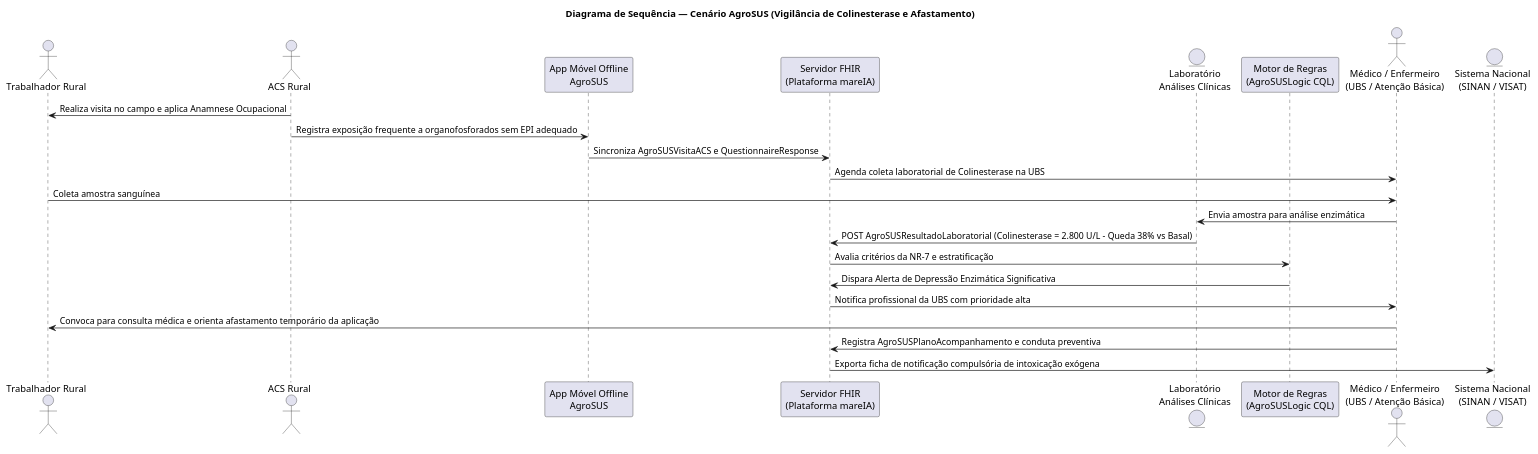
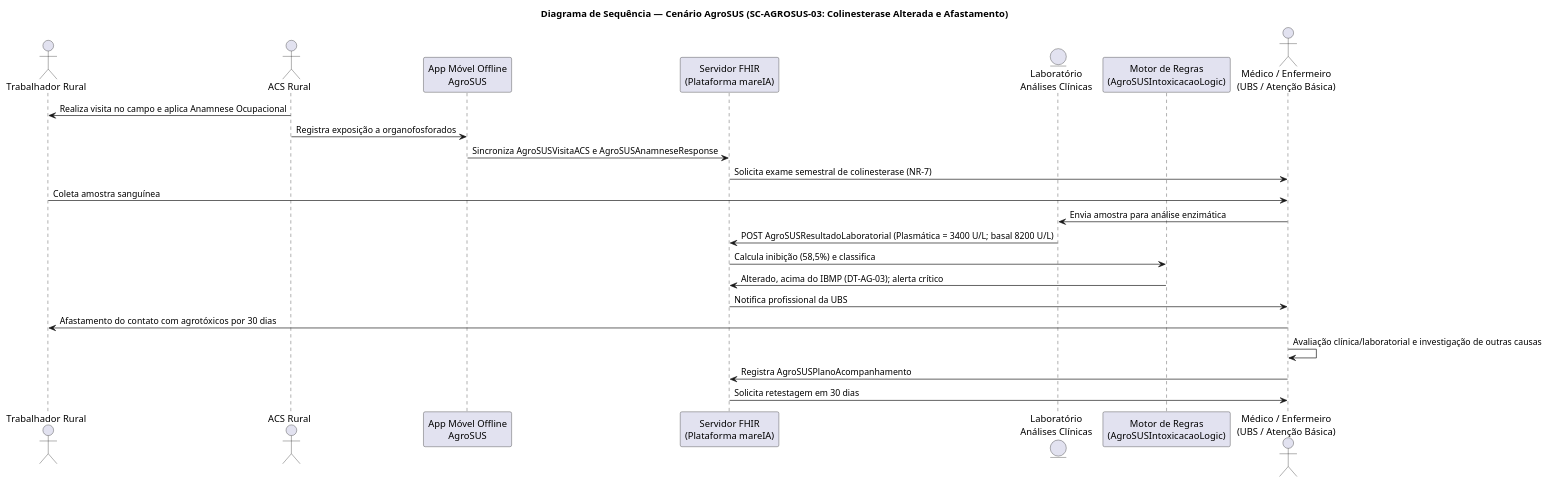
One commit to brunovitorp/mareIA-ig changed the diagram in input/images-source/scenario-sequence-agrosus.plantuml. Above: the diagram before and after it, drawn with PlantUML. The commit also changed 11 other files, not shown here.

```diff
--- a/input/images-source/scenario-sequence-agrosus.plantuml
+++ b/input/images-source/scenario-sequence-agrosus.plantuml
@@ -1,28 +1,28 @@
 @startuml
-title Diagrama de Sequência — Cenário AgroSUS (Vigilância de Colinesterase e Afastamento)
+title Diagrama de Sequência — Cenário AgroSUS (SC-AGROSUS-03: Colinesterase Alterada e Afastamento)
 skinparam shadowing false
 skinparam defaultFontName Helvetica
 
 actor "Trabalhador Rural" as Trabalhador
 actor "ACS Rural" as ACS
 participant "App Móvel Offline\nAgroSUS" as App
 participant "Servidor FHIR\n(Plataforma mareIA)" as FHIR
 entity "Laboratório\nAnálises Clínicas" as Lab
-participant "Motor de Regras\n(AgroSUSLogic CQL)" as Engine
+participant "Motor de Regras\n(AgroSUSIntoxicacaoLogic)" as Engine
 actor "Médico / Enfermeiro\n(UBS / Atenção Básica)" as UBS
-entity "Sistema Nacional\n(SINAN / VISAT)" as SINAN
 
 ACS -> Trabalhador: Realiza visita no campo e aplica Anamnese Ocupacional
-ACS -> App: Registra exposição frequente a organofosforados sem EPI adequado
-App -> FHIR: Sincroniza AgroSUSVisitaACS e QuestionnaireResponse
-FHIR -> UBS: Agenda coleta laboratorial de Colinesterase na UBS
+ACS -> App: Registra exposição a organofosforados
+App -> FHIR: Sincroniza AgroSUSVisitaACS e AgroSUSAnamneseResponse
+FHIR -> UBS: Solicita exame semestral de colinesterase (NR-7)
 Trabalhador -> UBS: Coleta amostra sanguínea
 UBS -> Lab: Envia amostra para análise enzimática
-Lab -> FHIR: POST AgroSUSResultadoLaboratorial (Colinesterase = 2.800 U/L - Queda 38% vs Basal)
-FHIR -> Engine: Avalia critérios da NR-7 e estratificação
-Engine -> FHIR: Dispara Alerta de Depressão Enzimática Significativa
-FHIR -> UBS: Notifica profissional da UBS com prioridade alta
-UBS -> Trabalhador: Convoca para consulta médica e orienta afastamento temporário da aplicação
-UBS -> FHIR: Registra AgroSUSPlanoAcompanhamento e conduta preventiva
-FHIR -> SINAN: Exporta ficha de notificação compulsória de intoxicação exógena
+Lab -> FHIR: POST AgroSUSResultadoLaboratorial (Plasmática = 3400 U/L; basal 8200 U/L)
+FHIR -> Engine: Calcula inibição (58,5%) e classifica
+Engine -> FHIR: Alterado, acima do IBMP (DT-AG-03); alerta crítico
+FHIR -> UBS: Notifica profissional da UBS
+UBS -> Trabalhador: Afastamento do contato com agrotóxicos por 30 dias
+UBS -> UBS: Avaliação clínica/laboratorial e investigação de outras causas
+UBS -> FHIR: Registra AgroSUSPlanoAcompanhamento
+FHIR -> UBS: Solicita retestagem em 30 dias
 @enduml
```
